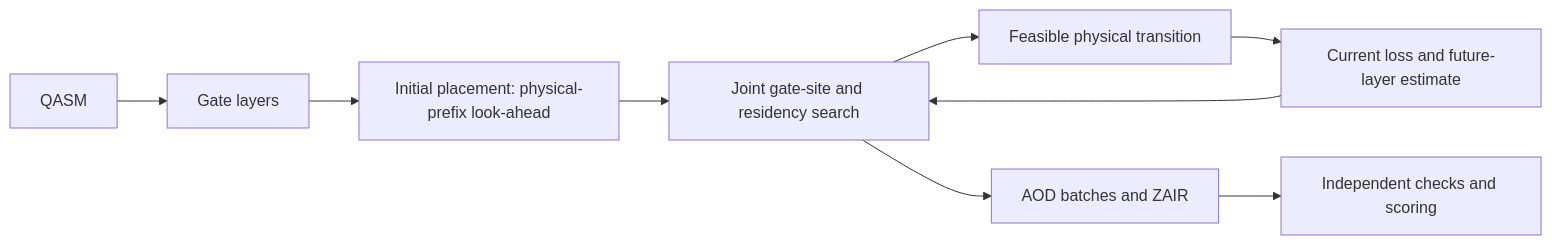
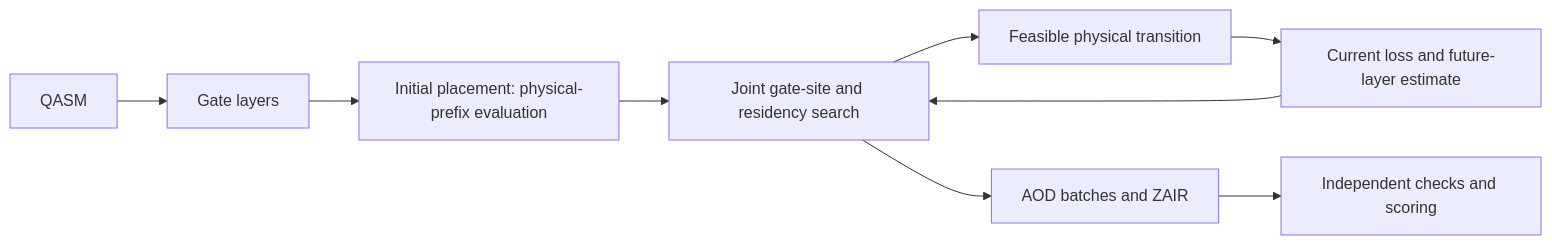
The diagram in README.md (zhouzixiang1/zac-ga), drawn with Mermaid before and after one commit. The commit also changed other lines of this file and 3926 other files, not shown here.

````diff
--- a/README.md
+++ b/README.md
@@ -76,11 +77,11 @@
 ```mermaid
 flowchart LR
     A[QASM] --> B[Gate layers]
-    B --> C[Initial placement: physical-prefix look-ahead]
+    B --> C[Initial placement: physical-prefix evaluation]
     C --> D[Joint gate-site and residency search]
     D --> E[Feasible physical transition]
     E --> F[Current loss and future-layer estimate]
     F --> D
     D --> G[AOD batches and ZAIR]
     G --> H[Independent checks and scoring]
 ```
````
